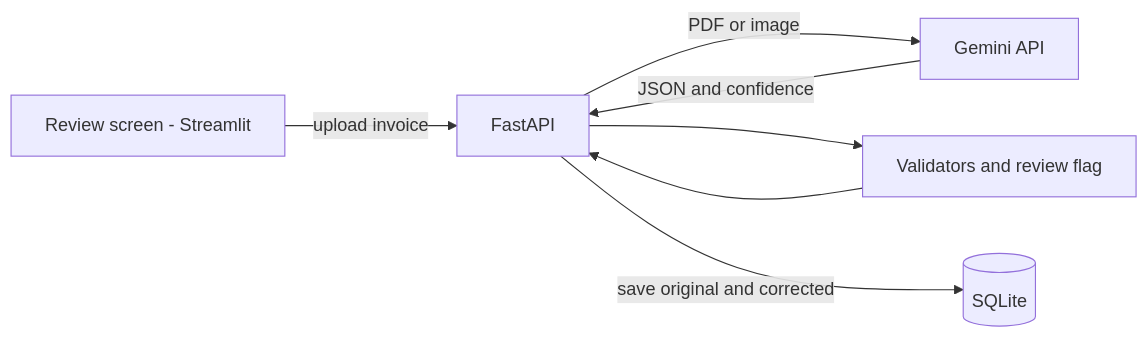
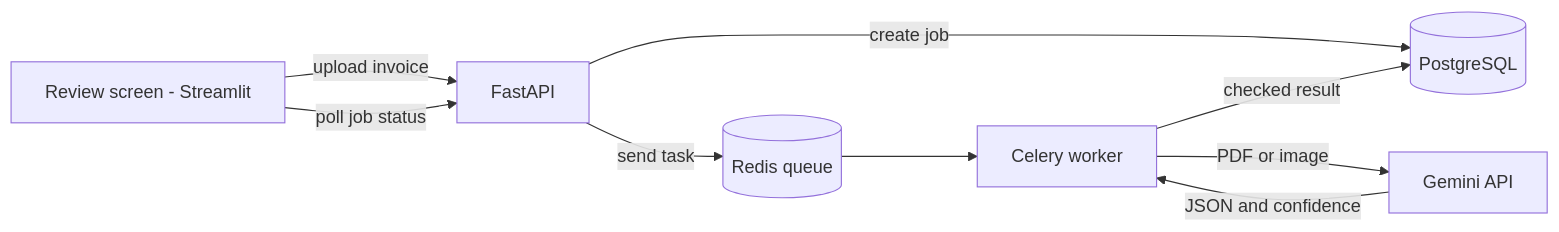
Before and after one commit to narasimha4576/invoiceiq: the first of 2 diagrams in README.md, drawn with Mermaid. The commit also changed other lines of this file and 5 other files, not shown here.

Commit message:
Week 3: PostgreSQL, Redis worker, retries, health checks, new README

````diff
--- a/README.md
+++ b/README.md
@@ -15,9 +16,11 @@
 ```mermaid
 flowchart LR
     U[Review screen - Streamlit] -->|upload invoice| A[FastAPI]
-    A -->|PDF or image| G[Gemini API]
-    G -->|JSON and confidence| A
-    A --> V[Validators and review flag]
-    V --> A
-    A -->|save original and corrected| D[(SQLite)]
+    A -->|create job| D[(PostgreSQL)]
+    A -->|send task| R[(Redis queue)]
+    R --> W[Celery worker]
+    W -->|PDF or image| G[Gemini API]
+    G -->|JSON and confidence| W
+    W -->|checked result| D
+    U -->|poll job status| A
 ```
````
